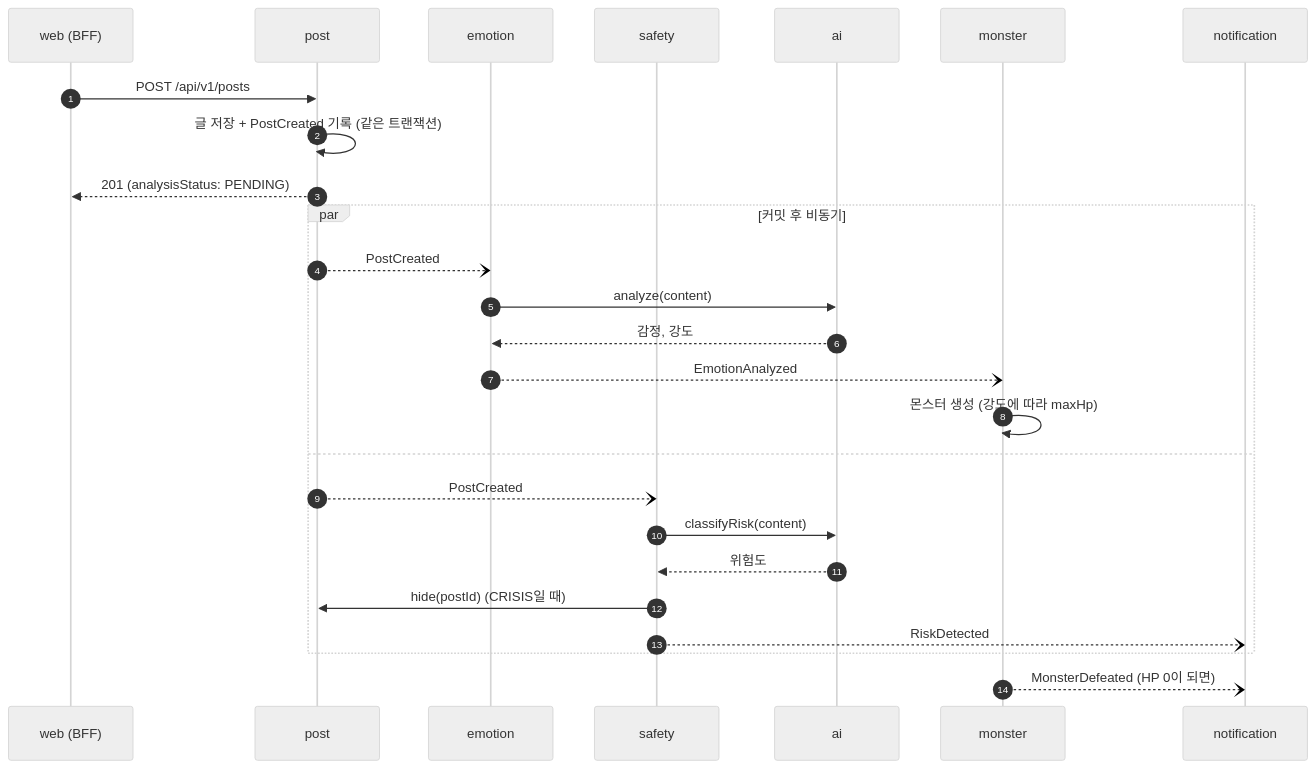
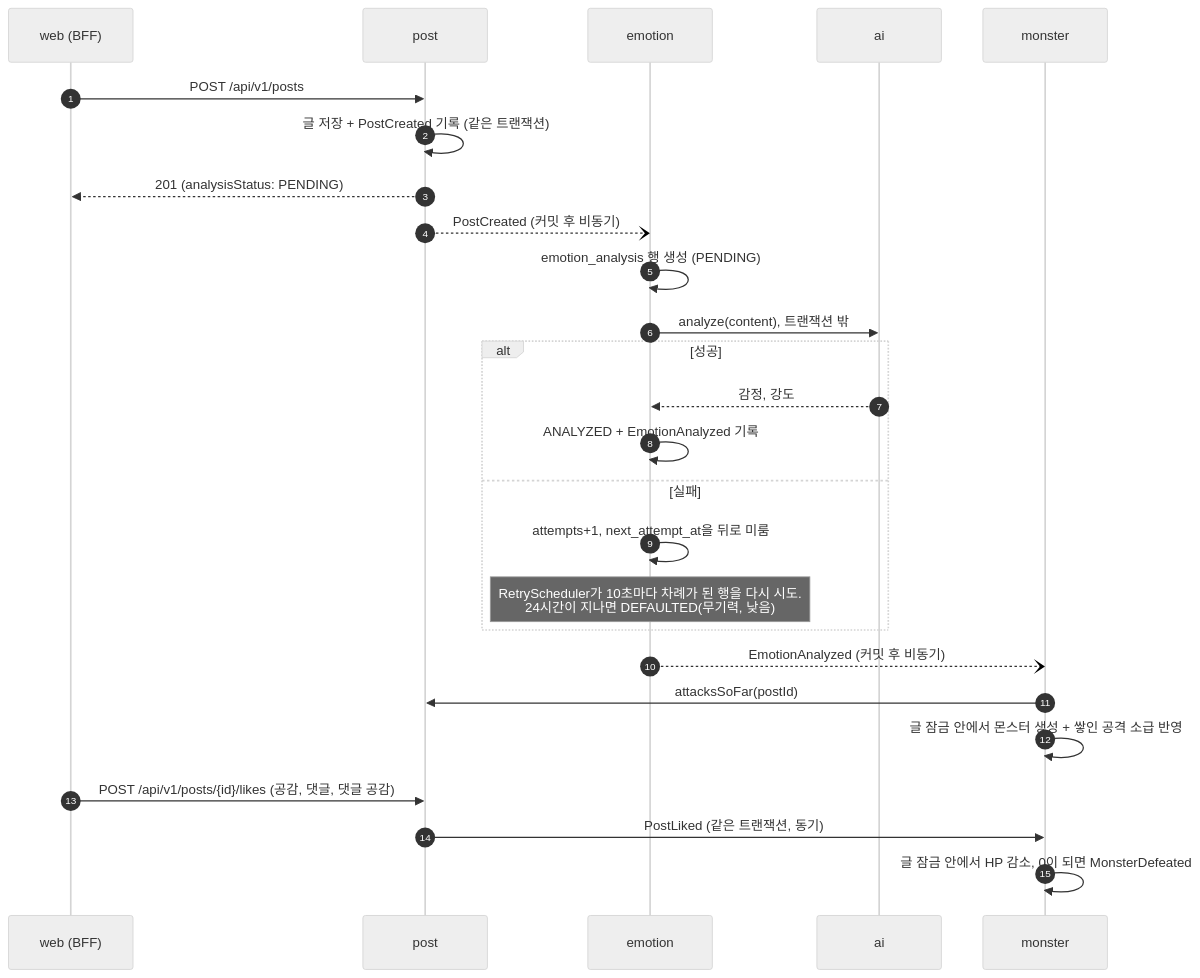
The third of 4 diagrams in docs/architecture/overview.md (hyunolike/5959), drawn with Mermaid (neutral theme) before and after one commit. The commit also changed other lines of this file and 287 other files, not shown here.

````diff
--- a/docs/architecture/overview.md
+++ b/docs/architecture/overview.md
@@ -167,29 +169,29 @@
 ```mermaid
 sequenceDiagram
     autonumber
     participant W as web (BFF)
     participant P as post
     participant E as emotion
-    participant S as safety
     participant A as ai
     participant M as monster
-    participant N as notification
 
     W->>P: POST /api/v1/posts
     P->>P: 글 저장 + PostCreated 기록 (같은 트랜잭션)
     P-->>W: 201 (analysisStatus: PENDING)
-    par 커밋 후 비동기
-        P--)E: PostCreated
-        E->>A: analyze(content)
+    P--)E: PostCreated (커밋 후 비동기)
+    E->>E: emotion_analysis 행 생성 (PENDING)
+    E->>A: analyze(content), 트랜잭션 밖
+    alt 성공
         A-->>E: 감정, 강도
-        E--)M: EmotionAnalyzed
-        M->>M: 몬스터 생성 (강도에 따라 maxHp)
-    and
-        P--)S: PostCreated
-        S->>A: classifyRisk(content)
-        A-->>S: 위험도
-        S->>P: hide(postId) (CRISIS일 때)
-        S--)N: RiskDetected
+        E->>E: ANALYZED + EmotionAnalyzed 기록
+    else 실패
+        E->>E: attempts+1, next_attempt_at을 뒤로 미룸
+        Note over E: RetryScheduler가 10초마다 차례가 된 행을 다시 시도.<br/>24시간이 지나면 DEFAULTED(무기력, 낮음)
     end
-    M--)N: MonsterDefeated (HP 0이 되면)
+    E--)M: EmotionAnalyzed (커밋 후 비동기)
+    M->>P: attacksSoFar(postId)
+    M->>M: 글 잠금 안에서 몬스터 생성 + 쌓인 공격 소급 반영
+    W->>P: POST /api/v1/posts/{id}/likes (공감, 댓글, 댓글 공감)
+    P->>M: PostLiked (같은 트랜잭션, 동기)
+    M->>M: 글 잠금 안에서 HP 감소, 0이 되면 MonsterDefeated
 ```
````
